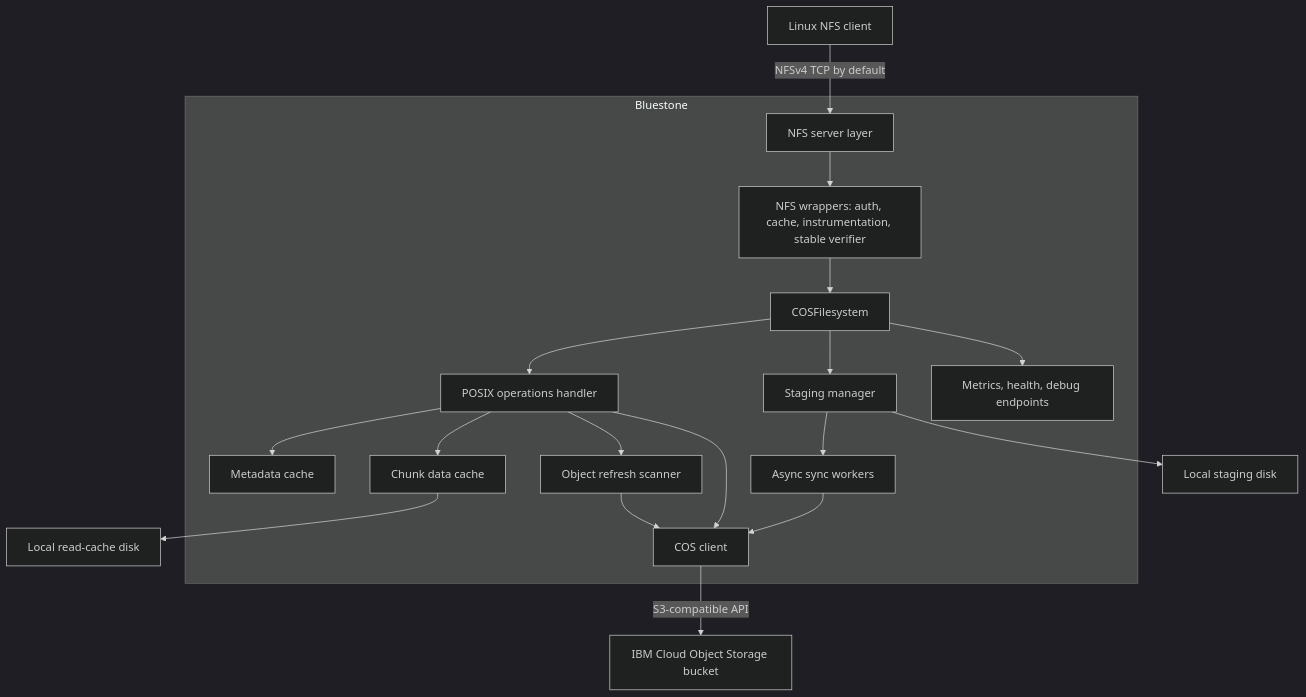
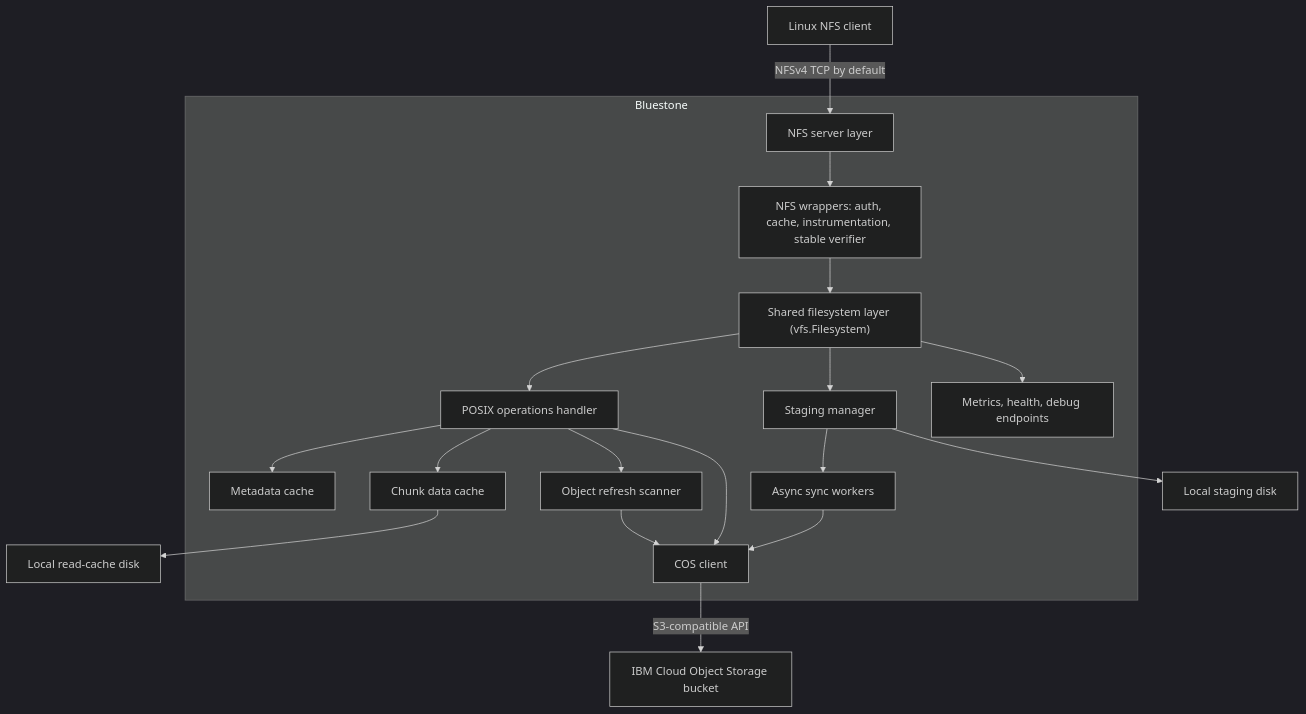
Before and after one commit to oborges/bluestone: the first of 2 diagrams in ARCHITECTURE.md, drawn with Mermaid (dark theme). The commit also changed other lines of this file and 15 other files, not shown here.

First line of the commit message:
Extract the shared filesystem layer into internal/vfs

````diff
--- a/ARCHITECTURE.md
+++ b/ARCHITECTURE.md
@@ -28,24 +28,24 @@
 ```mermaid
 flowchart TB
     client["Linux NFS client"] -->|NFSv4 TCP by default| nfs["NFS server layer"]
 
     subgraph gateway["Bluestone"]
         nfs --> wrappers["NFS wrappers: auth, cache, instrumentation, stable verifier"]
-        wrappers --> fs["COSFilesystem"]
+        wrappers --> fs["Shared filesystem layer (vfs.Filesystem)"]
         fs --> ops["POSIX operations handler"]
         fs --> staging["Staging manager"]
         staging --> sync["Async sync workers"]
         ops --> metadata["Metadata cache"]
         ops --> data["Chunk data cache"]
         ops --> refresh["Object refresh scanner"]
         ops --> cos["COS client"]
         refresh --> cos
         sync --> cos
         fs --> metrics["Metrics, health, debug endpoints"]
     end
 
     cos -->|S3-compatible API| bucket["IBM Cloud Object Storage bucket"]
 
     staging --> disk1["Local staging disk"]
     data --> disk2["Local read-cache disk"]
 ```
````
